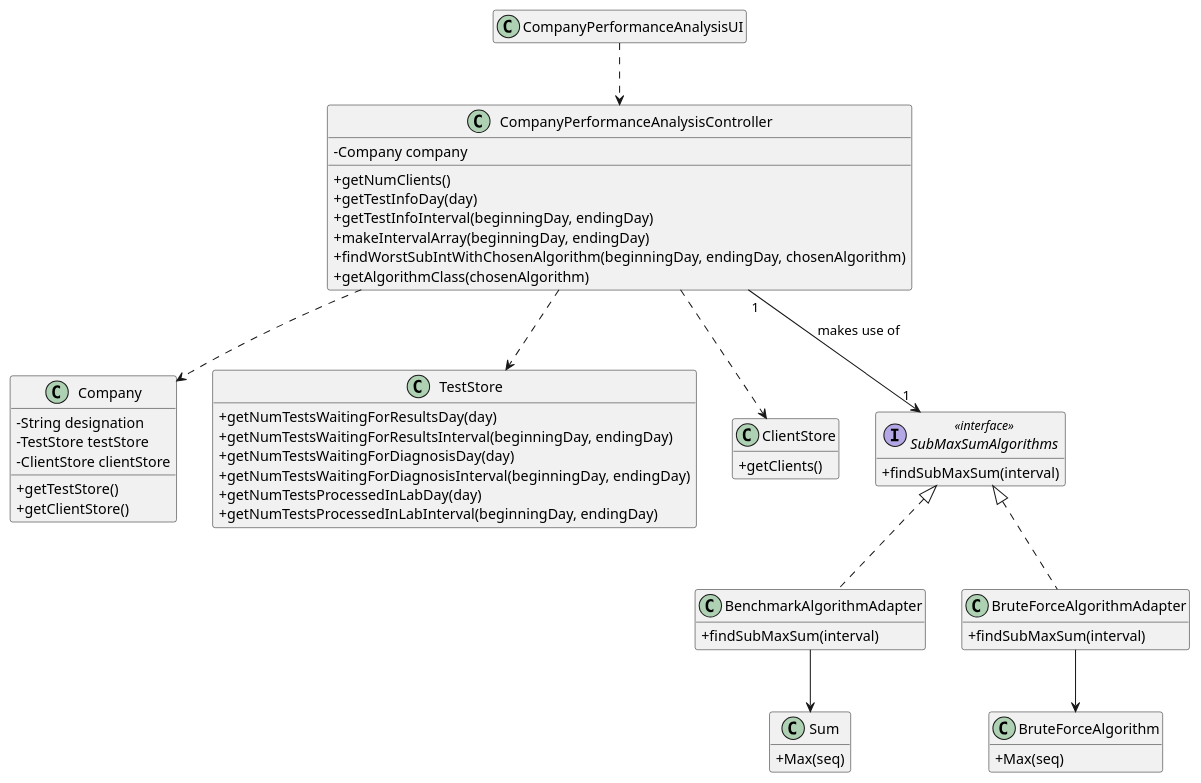
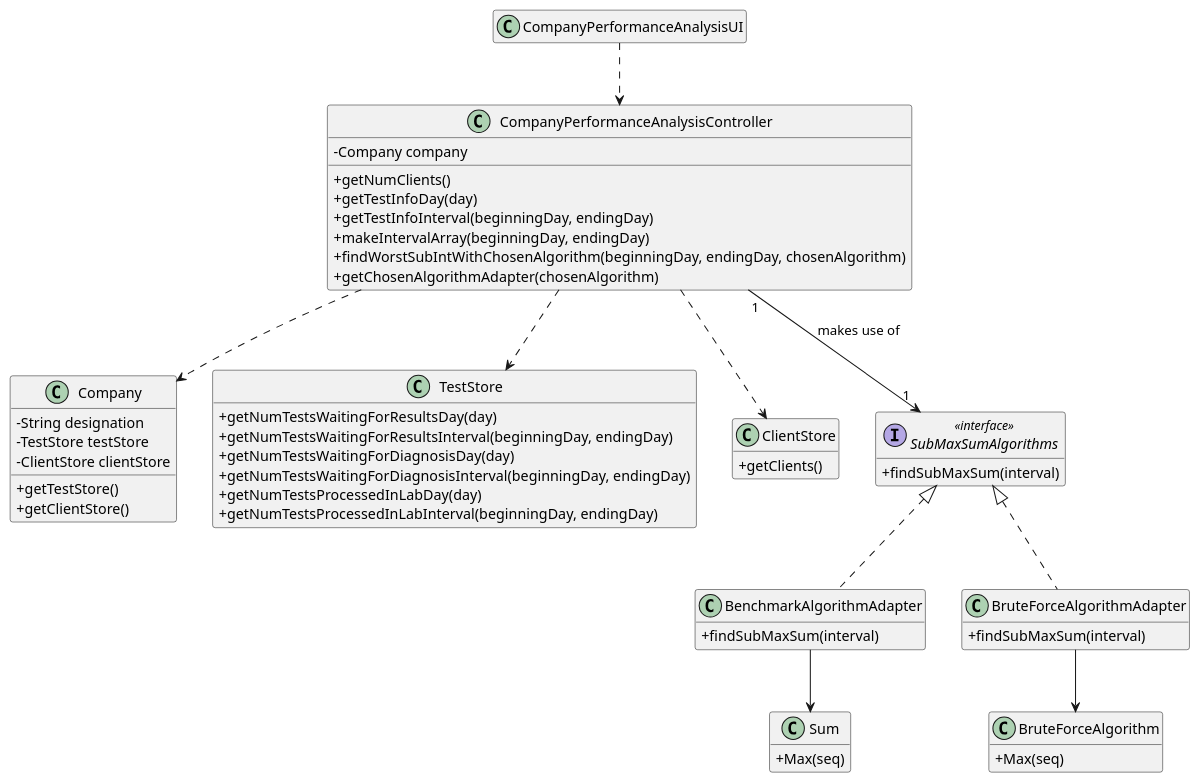
One commit to ana-albergaria/LAPR2-ISEP changed the diagram in docs/SprintD/US_16/US16_CD.puml. Above: the diagram before and after it, drawn with PlantUML. The commit also changed 8 other files, not shown here.

Commit message:
Updated US16 Diagrams and US16 Code.

```diff
--- a/docs/SprintD/US_16/US16_CD.puml
+++ b/docs/SprintD/US_16/US16_CD.puml
@@ -1,73 +1,73 @@
 @startuml
 'skinparam linetype ortho
 hide empty methods
 hide empty attributes
 'left to right direction
 skinparam classAttributeIconSize 0
 
 class Company {
     -String designation
     -TestStore testStore
     -ClientStore clientStore
     +getTestStore()
     +getClientStore()
 }
 
 class TestStore {
     +getNumTestsWaitingForResultsDay(day)
     +getNumTestsWaitingForResultsInterval(beginningDay, endingDay)
     +getNumTestsWaitingForDiagnosisDay(day)
     +getNumTestsWaitingForDiagnosisInterval(beginningDay, endingDay)
     +getNumTestsProcessedInLabDay(day)
     +getNumTestsProcessedInLabInterval(beginningDay, endingDay)
 }
 
 class ClientStore {
     +getClients()
 }
 
 class CompanyPerformanceAnalysisController{
     -Company company
     +getNumClients()
     +getTestInfoDay(day)
     +getTestInfoInterval(beginningDay, endingDay)
     +makeIntervalArray(beginningDay, endingDay)
     +findWorstSubIntWithChosenAlgorithm(beginningDay, endingDay, chosenAlgorithm)
-    +getAlgorithmClass(chosenAlgorithm)
+    +getChosenAlgorithmAdapter(chosenAlgorithm)
 }
 
 class CompanyPerformanceAnalysisUI{
 }
 
 interface SubMaxSumAlgorithms <<interface>> {
     +findSubMaxSum(interval)
 }
 
 class BenchmarkAlgorithmAdapter{
     +findSubMaxSum(interval)
 }
 
 class BruteForceAlgorithmAdapter{
     +findSubMaxSum(interval)
 }
 
 class Sum{
     +Max(seq)
 }
 
 class BruteForceAlgorithm{
     +Max(seq)
 }
 
 CompanyPerformanceAnalysisUI ..> CompanyPerformanceAnalysisController
 CompanyPerformanceAnalysisController ..> Company
 CompanyPerformanceAnalysisController ..> ClientStore
 CompanyPerformanceAnalysisController ..> TestStore
 CompanyPerformanceAnalysisController "1" --> "1" SubMaxSumAlgorithms : makes use of
 BenchmarkAlgorithmAdapter --> Sum
 BruteForceAlgorithmAdapter --> BruteForceAlgorithm
 
 class BenchmarkAlgorithmAdapter implements SubMaxSumAlgorithms
 class BruteForceAlgorithmAdapter implements SubMaxSumAlgorithms
 
 @enduml
```
